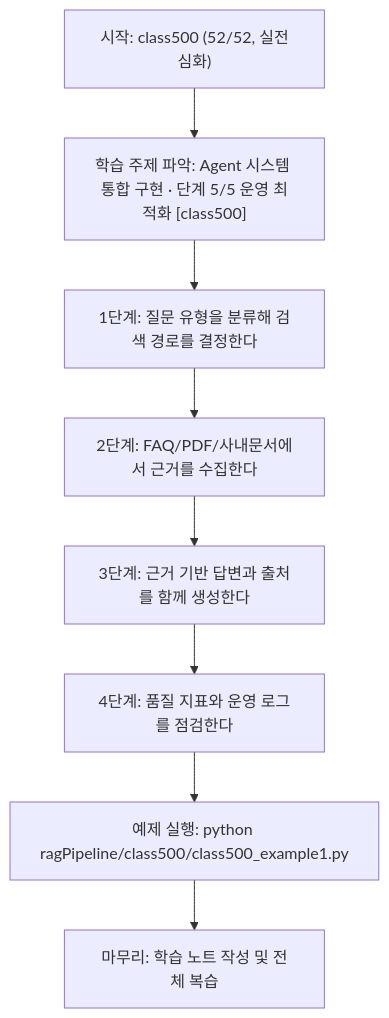
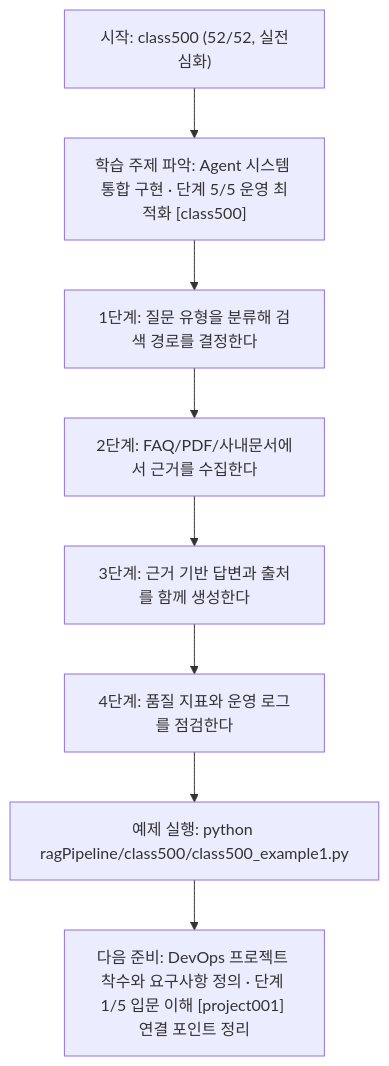
One commit to edumgt/Python-AI_Agent-Class changed the diagram in ragPipeline/class500/class500.md. Above: the diagram before and after it, drawn with Mermaid. The commit also changed other lines of this file and 1409 other files, not shown here.

````diff
--- a/ragPipeline/class500/class500.md
+++ b/ragPipeline/class500/class500.md
@@ -92,18 +92,18 @@
 ```mermaid
 flowchart TD
 N1["시작: class500 (52/52, 실전심화)"]
 N2["학습 주제 파악: Agent 시스템 통합 구현 · 단계 5/5 운영 최적화 [class500]"]
 N3["1단계: 질문 유형을 분류해 검색 경로를 결정한다"]
 N4["2단계: FAQ/PDF/사내문서에서 근거를 수집한다"]
 N5["3단계: 근거 기반 답변과 출처를 함께 생성한다"]
 N6["4단계: 품질 지표와 운영 로그를 점검한다"]
 N7["예제 실행: python ragPipeline/class500/class500_example1.py"]
-N8["마무리: 학습 노트 작성 및 전체 복습"]
+N8["다음 준비: DevOps 프로젝트 착수와 요구사항 정의 · 단계 1/5 입문 이해 [project001] 연결 포인트 정리"]
 N1 --> N2
 N2 --> N3
 N3 --> N4
 N4 --> N5
 N5 --> N6
 N6 --> N7
 N7 --> N8
 ```
````
